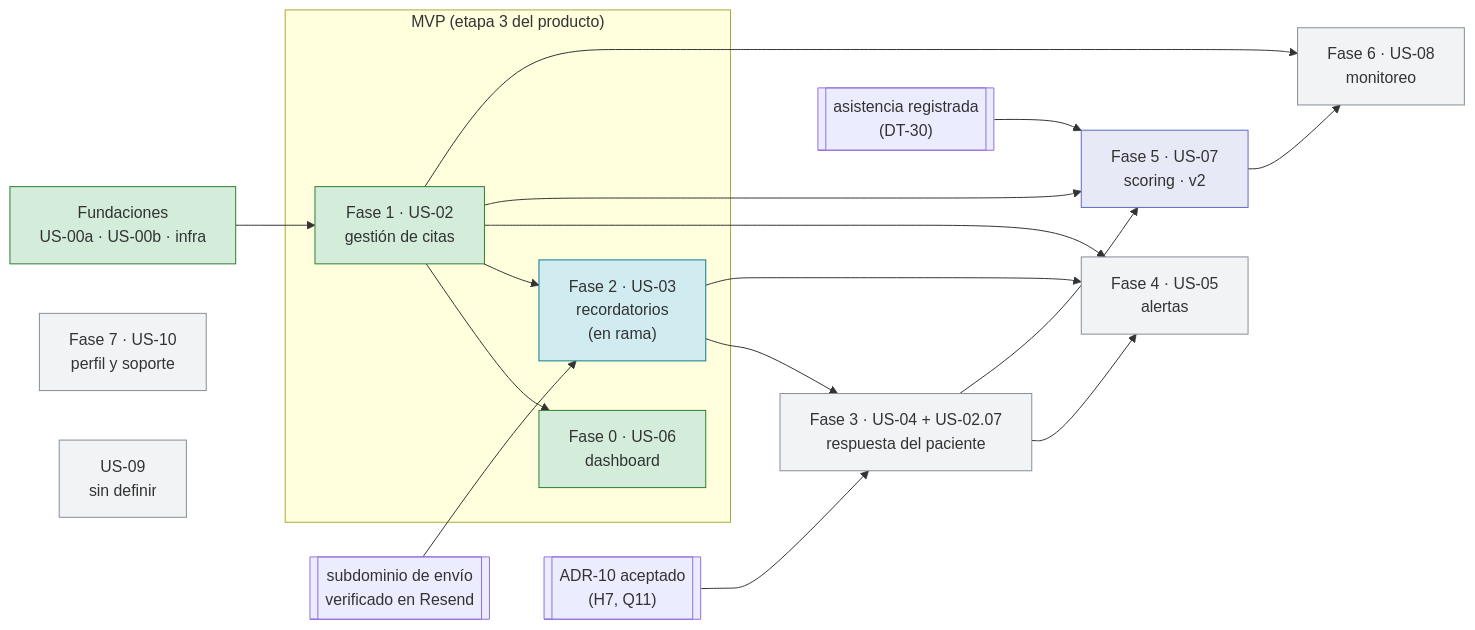
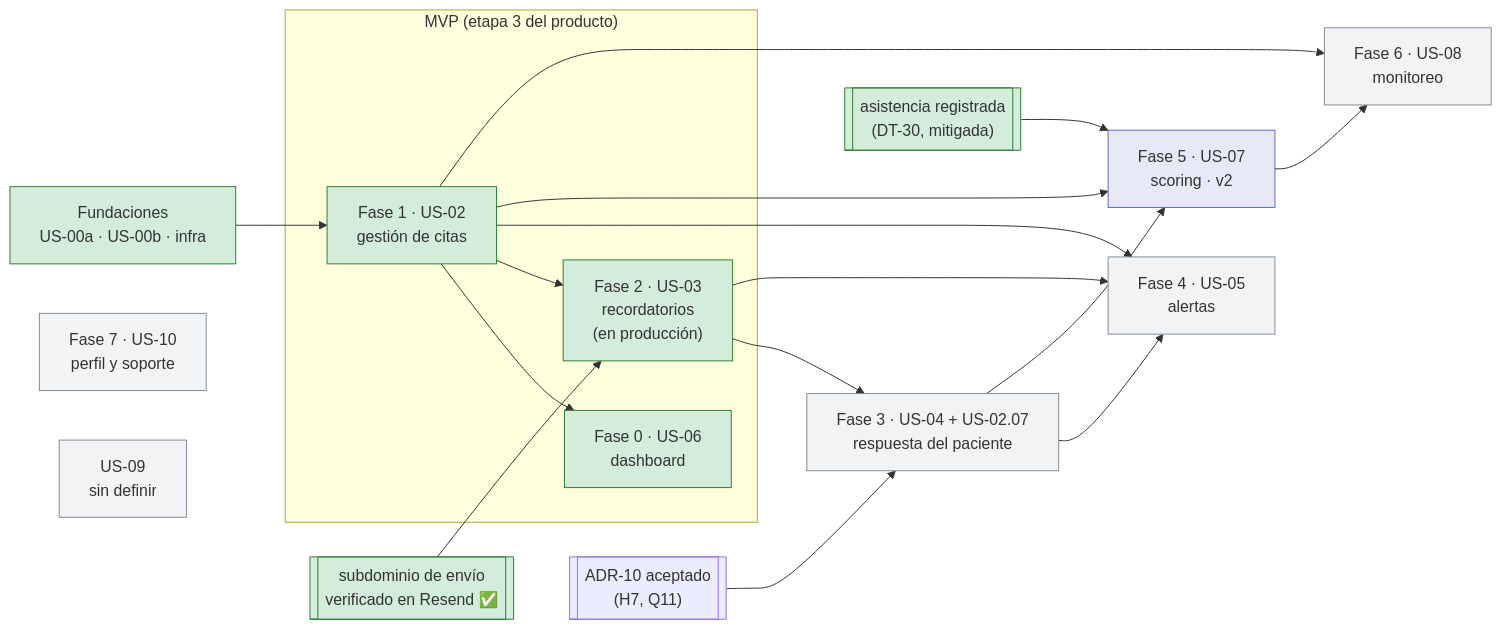
Before and after one commit to Citia-solutions/citia-backend: the diagram in context/Fases/README.md, drawn with Mermaid. The commit also changed other lines of this file and 25 other files, not shown here.

````diff
--- a/context/Fases/README.md
+++ b/context/Fases/README.md
@@ -56,42 +57,41 @@
 ```mermaid
 flowchart LR
   B["Fundaciones<br/>US-00a · US-00b · infra"]:::hecho
 
   subgraph MVP["MVP (etapa 3 del producto)"]
     F1["Fase 1 · US-02<br/>gestión de citas"]:::hecho
     F0["Fase 0 · US-06<br/>dashboard"]:::hecho
-    F2["Fase 2 · US-03<br/>recordatorios<br/>(en rama)"]:::enrama
+    F2["Fase 2 · US-03<br/>recordatorios<br/>(en producción)"]:::hecho
   end
 
   F3["Fase 3 · US-04 + US-02.07<br/>respuesta del paciente"]:::pendiente
   F4["Fase 4 · US-05<br/>alertas"]:::pendiente
   F5["Fase 5 · US-07<br/>scoring · v2"]:::aplazada
   F6["Fase 6 · US-08<br/>monitoreo"]:::pendiente
   F7["Fase 7 · US-10<br/>perfil y soporte"]:::pendiente
   U9["US-09<br/>sin definir"]:::pendiente
 
-  DOM[["subdominio de envío<br/>verificado en Resend"]]
+  DOM[["subdominio de envío<br/>verificado en Resend ✅"]]:::hecho
   A10[["ADR-10 aceptado<br/>(H7, Q11)"]]
-  D30[["asistencia registrada<br/>(DT-30)"]]
+  D30[["asistencia registrada<br/>(DT-30, mitigada)"]]:::hecho
 
   B --> F1
   F1 --> F0
   F1 --> F2
   DOM --> F2
   F2 --> F3
   A10 --> F3
   F1 --> F4
   F2 --> F4
   F3 --> F4
   F1 --> F5
   F3 --> F5
   D30 --> F5
   F1 --> F6
   F5 --> F6
 
   classDef hecho fill:#d4edda,stroke:#2e7d32
   classDef disenada fill:#fff3cd,stroke:#b8860b
-  classDef enrama fill:#d1ecf1,stroke:#0c7c8c
   classDef pendiente fill:#f1f3f5,stroke:#868e96
   classDef aplazada fill:#e7eaf6,stroke:#5c6bc0
 ```
````
